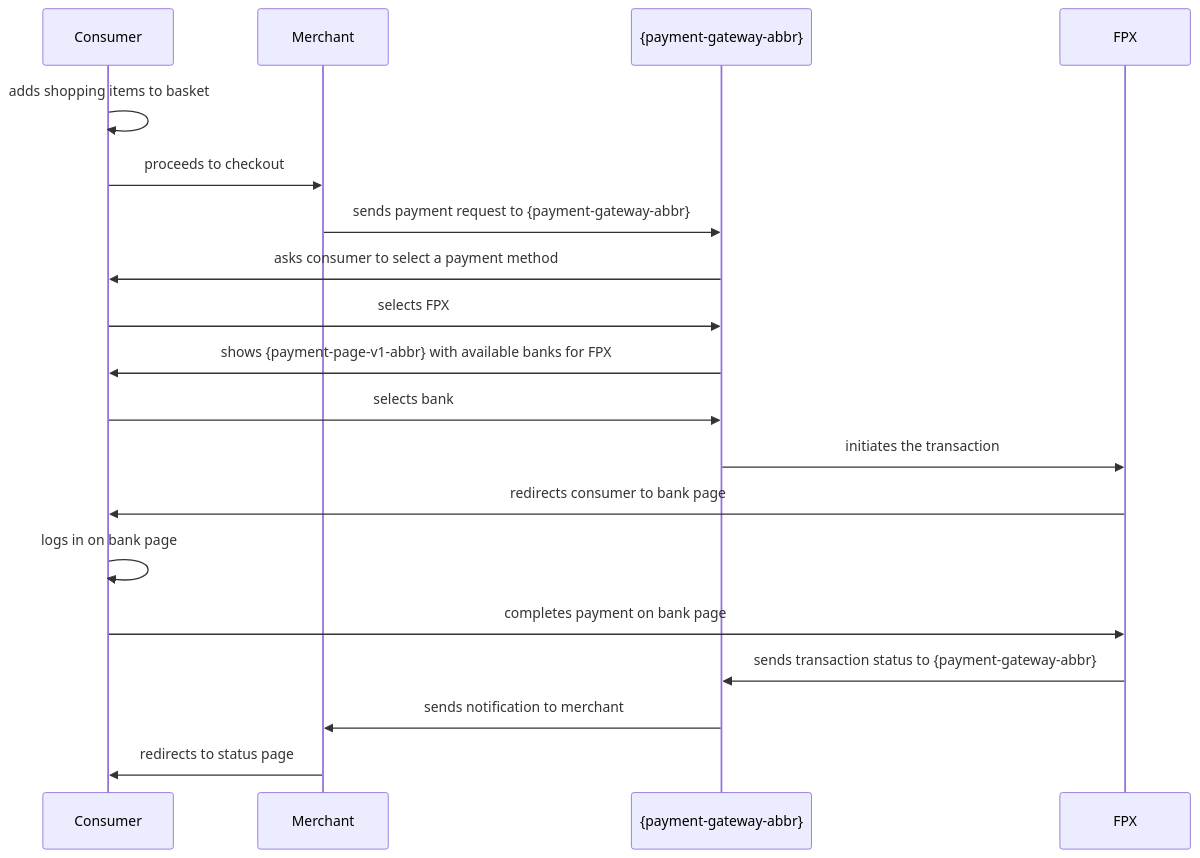
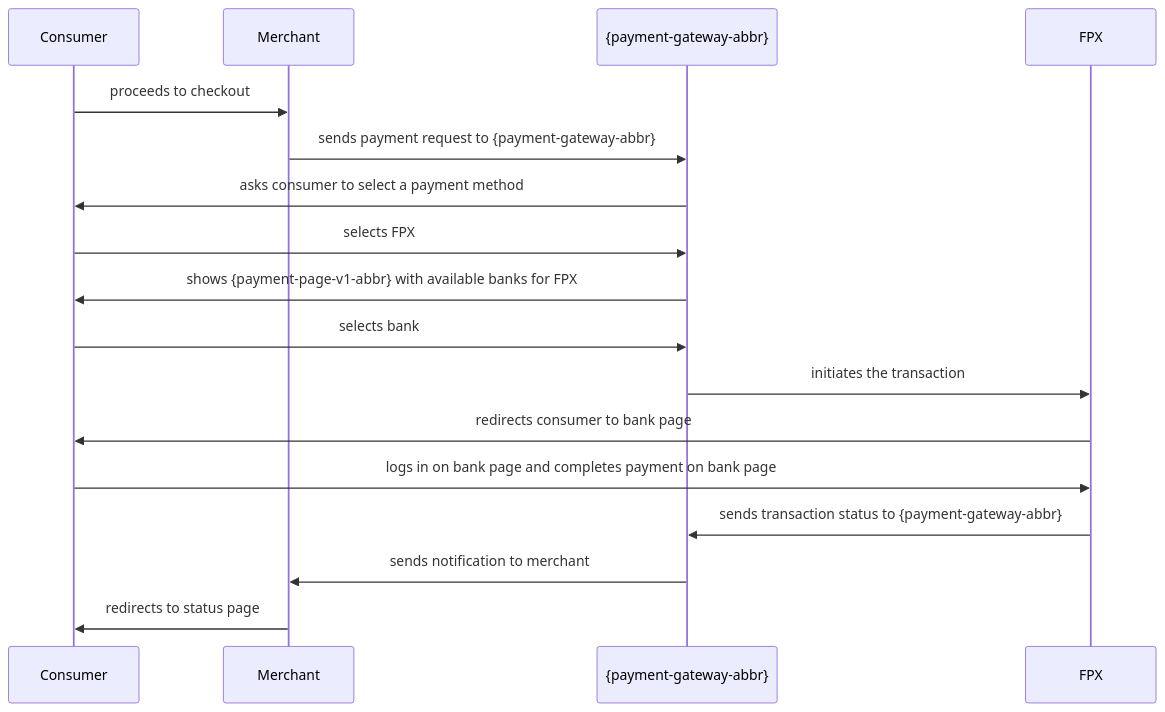
The diagram in 11-47-fpx.adoc (wirecard/merchant-documentation-gateway), drawn with Mermaid before and after one commit. The commit also changed other lines of this file and 1 other file, not shown here.

Commit message:
Add What's New entry, adapt mermaid graphic

```diff
--- a/11-47-fpx.adoc
+++ b/11-47-fpx.adoc
@@ -66,22 +66,20 @@
 [mermaid, CC_Fields_intro_elements_parentchild,svg,subs=attributes+]
 ----
 sequenceDiagram
     participant Consumer
     participant Merchant
     participant {payment-gateway-abbr}
     participant FPX
-Consumer->>Consumer: adds shopping items to basket
 Consumer->>Merchant: proceeds to checkout
 Merchant->>{payment-gateway-abbr}: sends payment request to {payment-gateway-abbr}
 {payment-gateway-abbr}->>Consumer: asks consumer to select a payment method
 Consumer->>{payment-gateway-abbr}: selects FPX
 {payment-gateway-abbr}->> Consumer: shows {payment-page-v1-abbr} with available banks for FPX
 Consumer->>{payment-gateway-abbr}: selects bank
 {payment-gateway-abbr}->>FPX: initiates the transaction
 FPX->>Consumer: redirects consumer to bank page
-Consumer->>Consumer: logs in on bank page
-Consumer->>FPX: completes payment on bank page
+Consumer->>FPX: logs in on bank page and completes payment on bank page
 FPX->>{payment-gateway-abbr}: sends transaction status to {payment-gateway-abbr}
 {payment-gateway-abbr}->>Merchant: sends notification to merchant
 Merchant->>Consumer: redirects to status page
 ----
```
